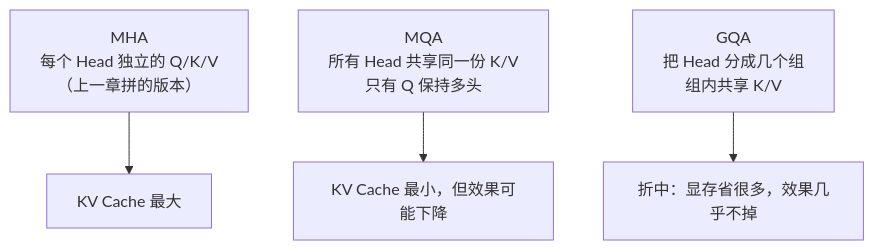
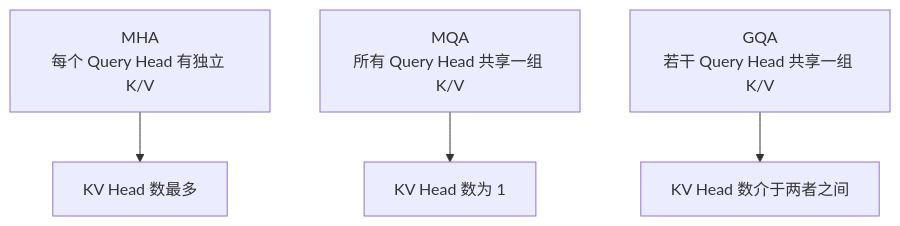
One commit to AI-learning-simple/Build-Your-Own-LLM changed the first of 2 diagrams in 1. LLM基础/10. 现代 Transformer 架构演进.md. Above: the diagram before and after it, drawn with Mermaid. The commit also changed other lines of this file and 60 other files, not shown here.

````diff
--- a/1. LLM基础/10. 现代 Transformer 架构演进.md
+++ b/1. LLM基础/10. 现代 Transformer 架构演进.md
@@ -160,6 +116,6 @@
 ```mermaid
 flowchart TD
-    A["MHA<br/>每个 Head 独立的 Q/K/V<br/>（上一章拼的版本）"] --> D["KV Cache 最大"]
-    B["MQA<br/>所有 Head 共享同一份 K/V<br/>只有 Q 保持多头"] --> E["KV Cache 最小，但效果可能下降"]
-    C["GQA<br/>把 Head 分成几个组<br/>组内共享 K/V"] --> F["折中：显存省很多，效果几乎不掉"]
+    A["MHA<br/>每个 Query Head 有独立 K/V"] --> D["KV Head 数最多"]
+    B["MQA<br/>所有 Query Head 共享一组 K/V"] --> E["KV Head 数为 1"]
+    C["GQA<br/>若干 Query Head 共享一组 K/V"] --> F["KV Head 数介于两者之间"]
 ```
````
